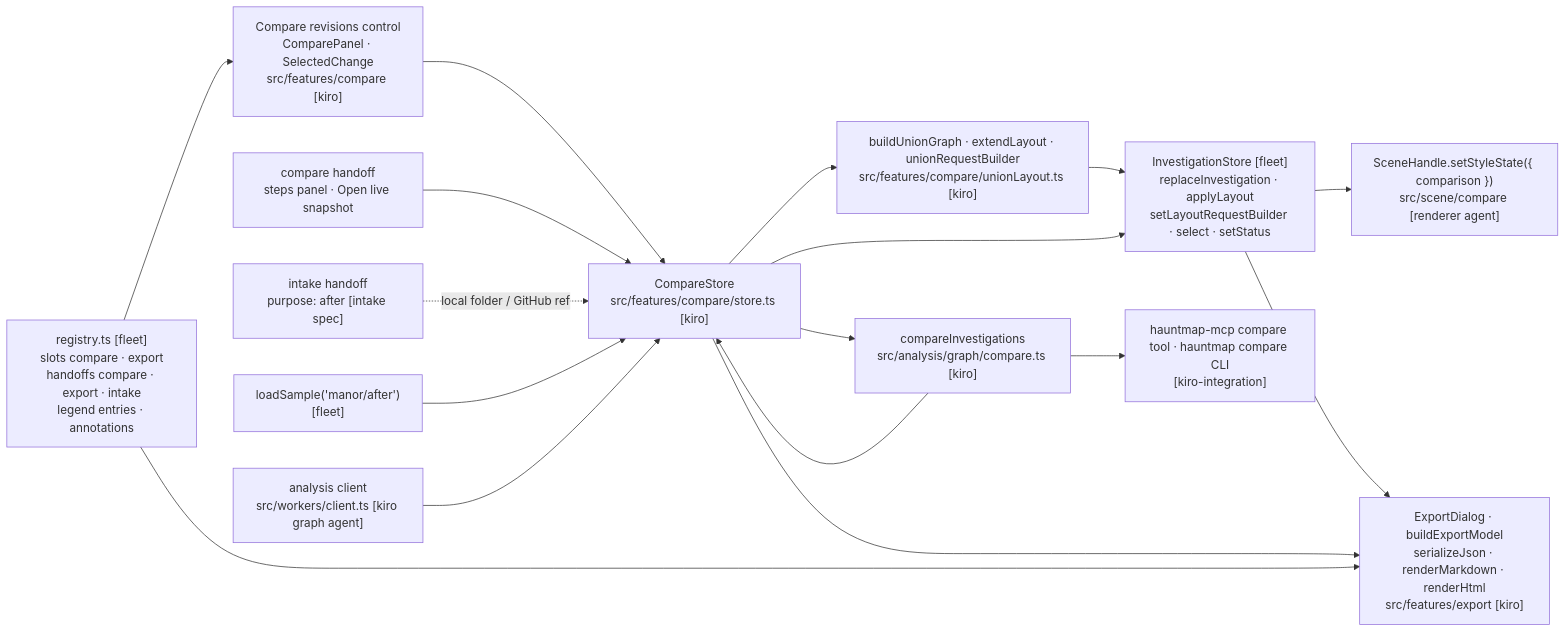
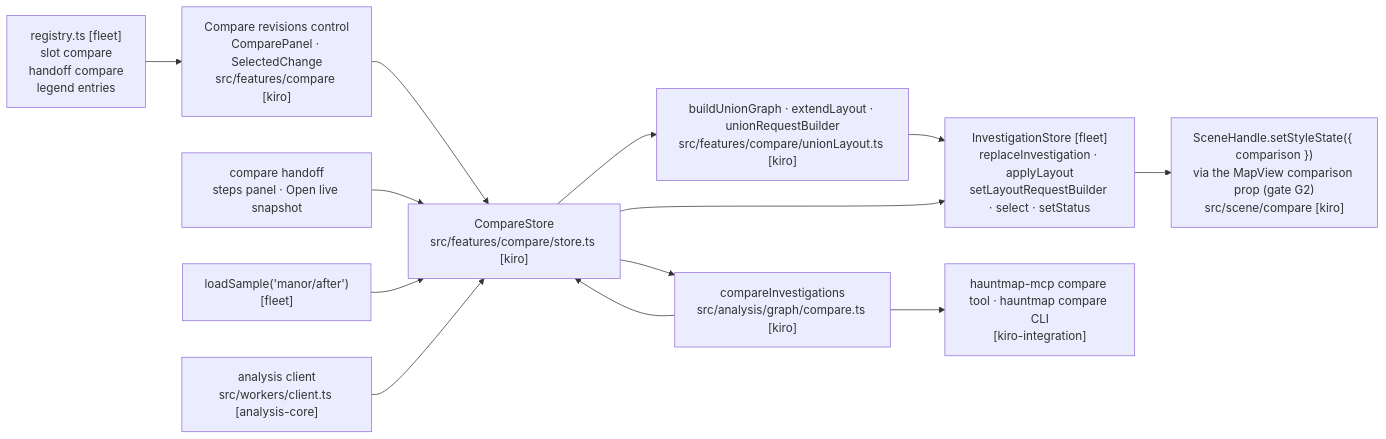
One commit to Midknight56/hauntmap changed the first of 2 diagrams in .kiro/specs/snapshot-comparison/design.md. Above: the diagram before and after it, drawn with Mermaid. The commit also changed other lines of this file and 9 other files, not shown here.

Commit message:
snapshot-comparison: spec review fixes, export cut, ownership gates

````diff
--- a/.kiro/specs/snapshot-comparison/design.md
+++ b/.kiro/specs/snapshot-comparison/design.md
@@ -15,19 +15,15 @@
 ```mermaid
 flowchart LR
   CTL["Compare revisions control<br/>ComparePanel · SelectedChange<br/>src/features/compare [kiro]"] --> CS["CompareStore<br/>src/features/compare/store.ts [kiro]"]
   HO["compare handoff<br/>steps panel · Open live snapshot"] --> CS
-  IN["intake handoff<br/>purpose: after [intake spec]"] -. "local folder / GitHub ref" .-> CS
   LS["loadSample('manor/after')<br/>[fleet]"] --> CS
-  AC["analysis client<br/>src/workers/client.ts [kiro graph agent]"] --> CS
+  AC["analysis client<br/>src/workers/client.ts [analysis-core]"] --> CS
   CS --> CMP["compareInvestigations<br/>src/analysis/graph/compare.ts [kiro]"]
   CMP --> CS
   CS --> UL["buildUnionGraph · extendLayout · unionRequestBuilder<br/>src/features/compare/unionLayout.ts [kiro]"]
   UL --> ST["InvestigationStore [fleet]<br/>replaceInvestigation · applyLayout<br/>setLayoutRequestBuilder · select · setStatus"]
   CS --> ST
-  ST --> SC["SceneHandle.setStyleState({ comparison })<br/>src/scene/compare [renderer agent]"]
-  ST --> EX["ExportDialog · buildExportModel<br/>serializeJson · renderMarkdown · renderHtml<br/>src/features/export [kiro]"]
-  CS --> EX
+  ST --> SC["SceneHandle.setStyleState({ comparison })<br/>via the MapView comparison prop (gate G2)<br/>src/scene/compare [kiro]"]
   CMP --> MCP["hauntmap-mcp compare tool · hauntmap compare CLI<br/>[kiro-integration]"]
-  REG["registry.ts [fleet]<br/>slots compare · export<br/>handoffs compare · export · intake<br/>legend entries · annotations"] --> CTL
-  REG --> EX
+  REG["registry.ts [fleet]<br/>slot compare<br/>handoff compare<br/>legend entries"] --> CTL
 ```
````
